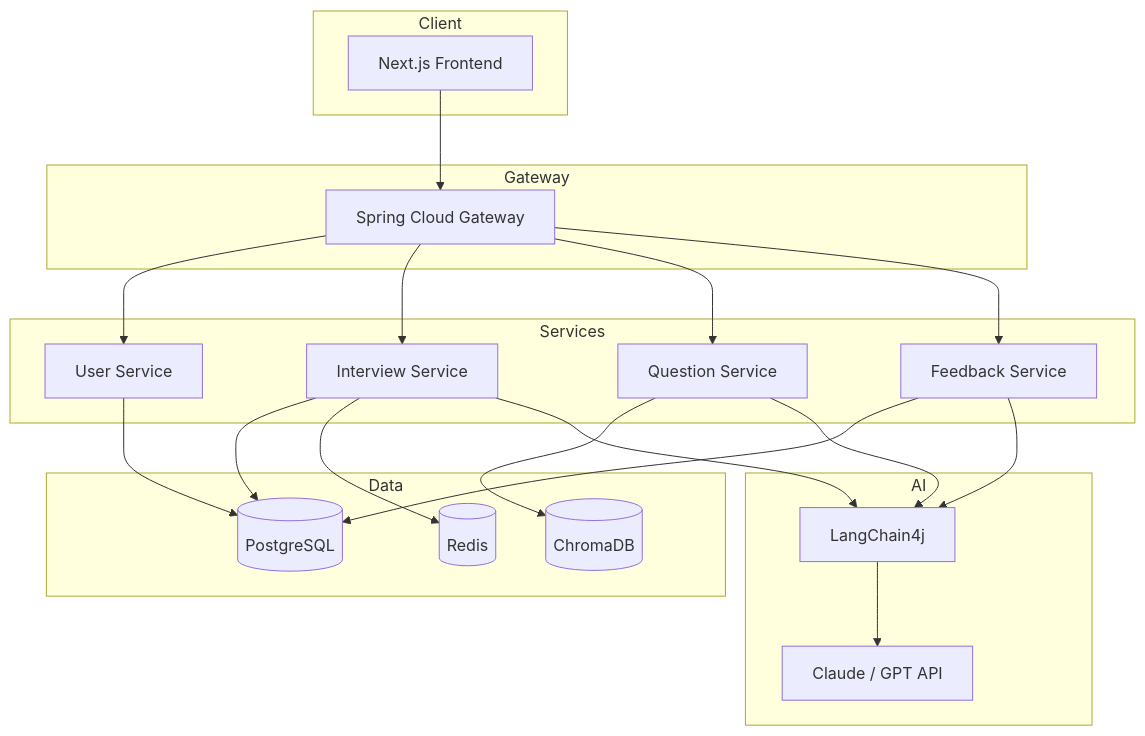
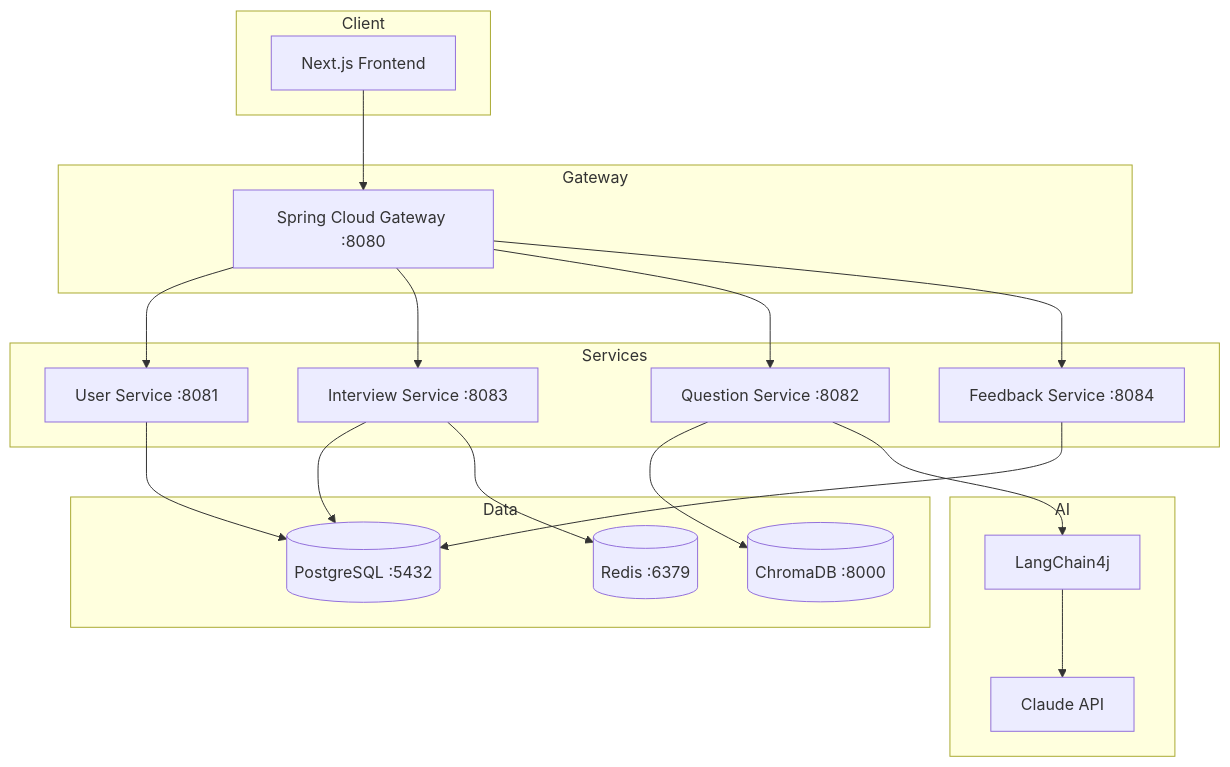
The first of 2 diagrams in README.md (jinhyuk9714/interview-coach), drawn with Mermaid before and after one commit. The commit also changed other lines of this file, not shown here.

````diff
--- a/README.md
+++ b/README.md
@@ -27,36 +27,36 @@
 ```mermaid
 flowchart TB
     subgraph Client
         Web[Next.js Frontend]
     end
 
     subgraph Gateway
-        GW[Spring Cloud Gateway]
+        GW[Spring Cloud Gateway :8080]
     end
 
     subgraph Services
-        US[User Service]
-        IS[Interview Service]
-        QS[Question Service]
-        FS[Feedback Service]
+        US[User Service :8081]
+        QS[Question Service :8082]
+        IS[Interview Service :8083]
+        FS[Feedback Service :8084]
     end
 
     subgraph Data
-        PG[(PostgreSQL)]
-        RD[(Redis)]
-        CH[(ChromaDB)]
+        PG[(PostgreSQL :5432)]
+        RD[(Redis :6379)]
+        CH[(ChromaDB :8000)]
     end
 
     subgraph AI
         LC[LangChain4j]
-        LLM[Claude / GPT API]
+        LLM[Claude API]
     end
 
     Web --> GW
     GW --> US & IS & QS & FS
     US & IS & FS --> PG
     IS --> RD
     QS --> CH
-    QS & IS & FS --> LC
+    QS --> LC
     LC --> LLM
 ```
````
